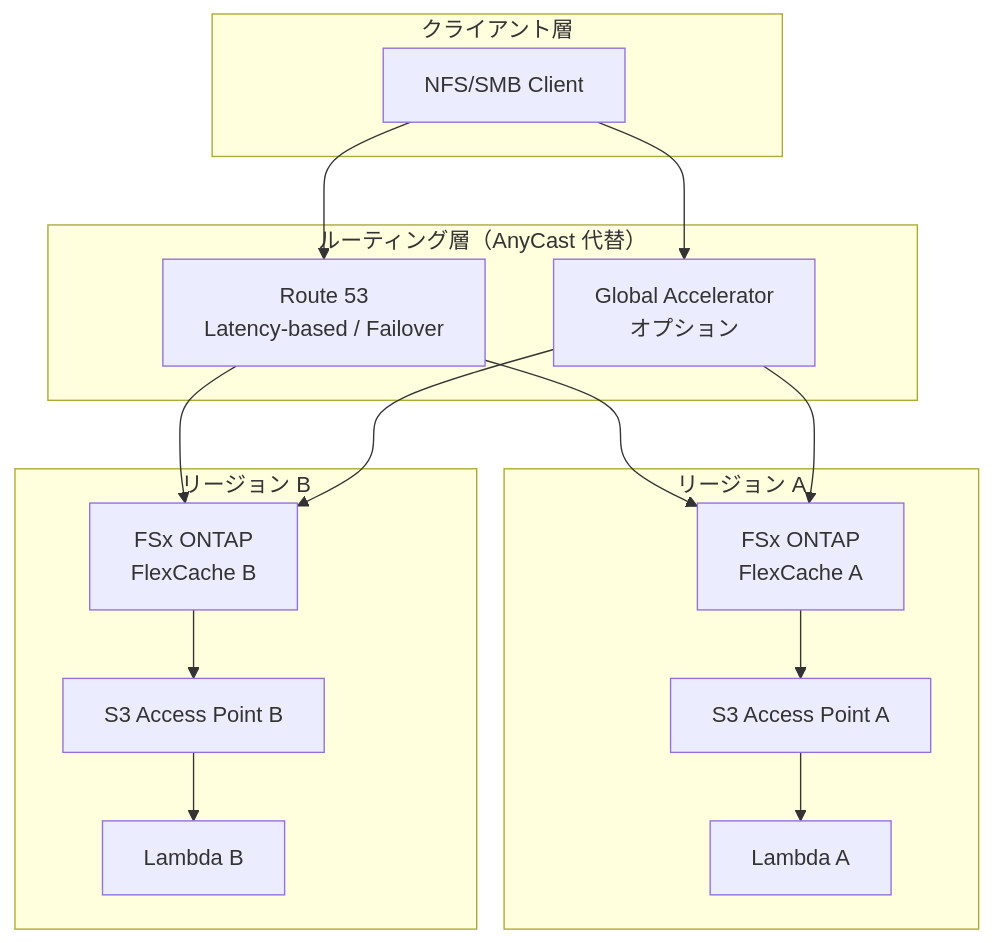
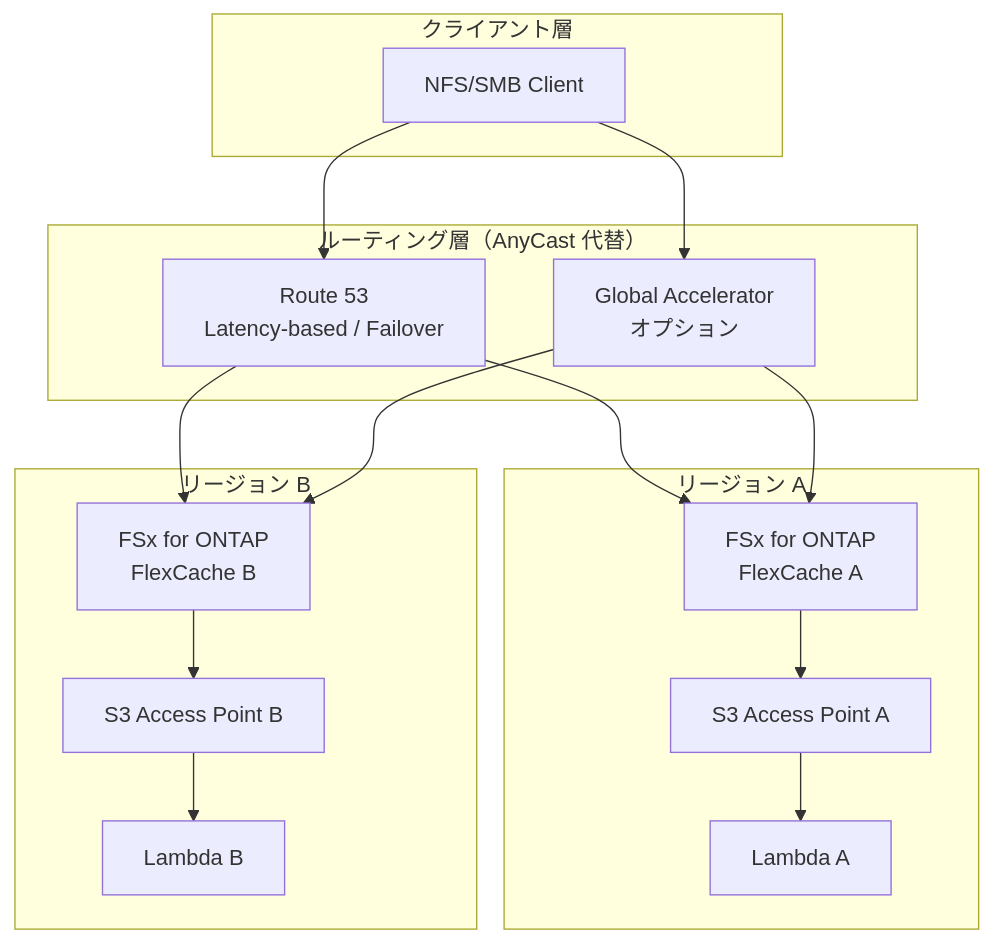
Before and after one commit to Yoshiki0705/FSx-for-ONTAP-S3AccessPoints-Serverless-Patterns: the diagram in docs/support-matrix-fsx-ontap-flexcache-s3ap.md, drawn with Mermaid. The commit also changed other lines of this file and 2448 other files, not shown here.

````diff
--- a/docs/support-matrix-fsx-ontap-flexcache-s3ap.md
+++ b/docs/support-matrix-fsx-ontap-flexcache-s3ap.md
@@ -108,28 +108,28 @@
 ```mermaid
 graph TB
     subgraph "クライアント層"
         CLIENT[NFS/SMB Client]
     end
     subgraph "ルーティング層（AnyCast 代替）"
         R53[Route 53<br/>Latency-based / Failover]
         GA[Global Accelerator<br/>オプション]
     end
     subgraph "リージョン A"
-        FSXA[FSx ONTAP<br/>FlexCache A]
+        FSXA[FSx for ONTAP<br/>FlexCache A]
         S3APA[S3 Access Point A]
         LAMBDAA[Lambda A]
     end
     subgraph "リージョン B"
-        FSXB[FSx ONTAP<br/>FlexCache B]
+        FSXB[FSx for ONTAP<br/>FlexCache B]
         S3APB[S3 Access Point B]
         LAMBDAB[Lambda B]
     end
     CLIENT --> R53
     CLIENT --> GA
     R53 --> FSXA
     R53 --> FSXB
     GA --> FSXA
     GA --> FSXB
     FSXA --> S3APA --> LAMBDAA
     FSXB --> S3APB --> LAMBDAB
 ```
````
